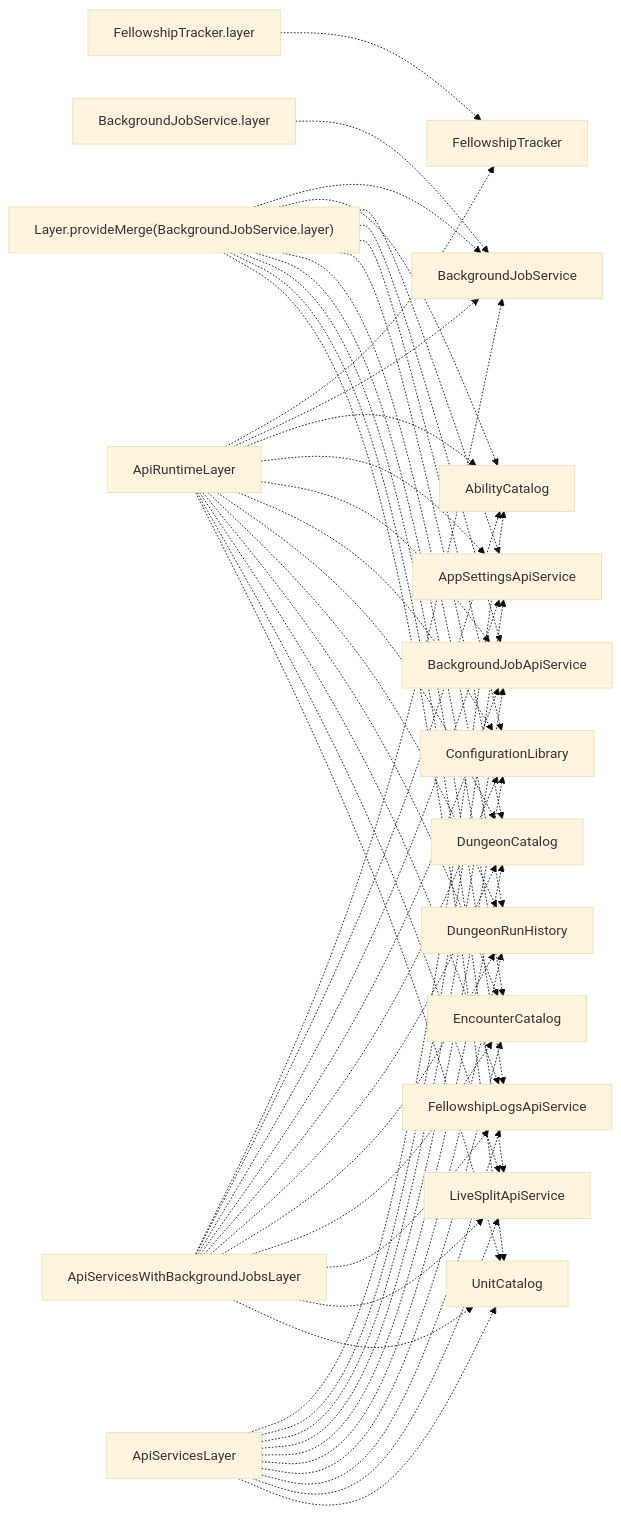
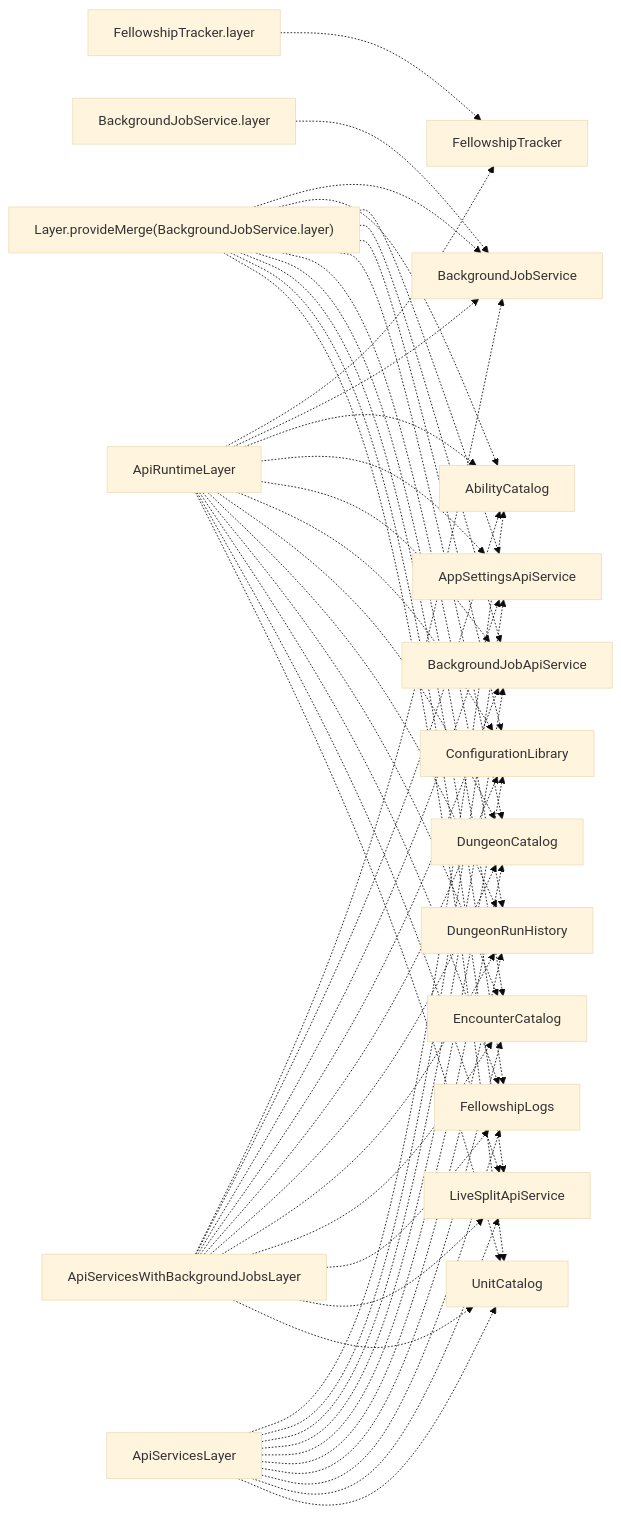
The diagram in apps/api/docs/architecture/analysis/service-bundle-memberships.mmd (reeddunkle/fellowship-run-tracker), drawn with Mermaid (base theme) before and after one commit. The commit also changed 84 other files, not shown here.

```diff
--- a/apps/api/docs/architecture/analysis/service-bundle-memberships.mmd
+++ b/apps/api/docs/architecture/analysis/service-bundle-memberships.mmd
@@ -1,65 +1,65 @@
 flowchart LR
   FellowshipTracker_layer["FellowshipTracker.layer"]
   ApiRuntimeLayer["ApiRuntimeLayer"]
   BackgroundJobService_layer["BackgroundJobService.layer"]
   Layer_provideMerge_BackgroundJobService_layer_["Layer.provideMerge(BackgroundJobService.layer)"]
   ApiServicesWithBackgroundJobsLayer["ApiServicesWithBackgroundJobsLayer"]
   ApiServicesLayer["ApiServicesLayer"]
   FellowshipTracker["FellowshipTracker"]
   BackgroundJobService["BackgroundJobService"]
   AbilityCatalog["AbilityCatalog"]
   AppSettingsApiService["AppSettingsApiService"]
   BackgroundJobApiService["BackgroundJobApiService"]
   ConfigurationLibrary["ConfigurationLibrary"]
   DungeonCatalog["DungeonCatalog"]
   DungeonRunHistory["DungeonRunHistory"]
   EncounterCatalog["EncounterCatalog"]
-  FellowshipLogsApiService["FellowshipLogsApiService"]
+  FellowshipLogs["FellowshipLogs"]
   LiveSplitApiService["LiveSplitApiService"]
   UnitCatalog["UnitCatalog"]
   FellowshipTracker_layer -.-> FellowshipTracker
   ApiRuntimeLayer -.-> FellowshipTracker
   BackgroundJobService_layer -.-> BackgroundJobService
   Layer_provideMerge_BackgroundJobService_layer_ -.-> BackgroundJobService
   ApiServicesWithBackgroundJobsLayer -.-> BackgroundJobService
   ApiRuntimeLayer -.-> BackgroundJobService
   Layer_provideMerge_BackgroundJobService_layer_ -.-> AbilityCatalog
   ApiServicesLayer -.-> AbilityCatalog
   ApiServicesWithBackgroundJobsLayer -.-> AbilityCatalog
   ApiRuntimeLayer -.-> AbilityCatalog
   Layer_provideMerge_BackgroundJobService_layer_ -.-> AppSettingsApiService
   ApiServicesLayer -.-> AppSettingsApiService
   ApiServicesWithBackgroundJobsLayer -.-> AppSettingsApiService
   ApiRuntimeLayer -.-> AppSettingsApiService
   Layer_provideMerge_BackgroundJobService_layer_ -.-> BackgroundJobApiService
   ApiServicesLayer -.-> BackgroundJobApiService
   ApiServicesWithBackgroundJobsLayer -.-> BackgroundJobApiService
   ApiRuntimeLayer -.-> BackgroundJobApiService
   Layer_provideMerge_BackgroundJobService_layer_ -.-> ConfigurationLibrary
   ApiServicesLayer -.-> ConfigurationLibrary
   ApiServicesWithBackgroundJobsLayer -.-> ConfigurationLibrary
   ApiRuntimeLayer -.-> ConfigurationLibrary
   Layer_provideMerge_BackgroundJobService_layer_ -.-> DungeonCatalog
   ApiServicesLayer -.-> DungeonCatalog
   ApiServicesWithBackgroundJobsLayer -.-> DungeonCatalog
   ApiRuntimeLayer -.-> DungeonCatalog
   Layer_provideMerge_BackgroundJobService_layer_ -.-> DungeonRunHistory
   ApiServicesLayer -.-> DungeonRunHistory
   ApiServicesWithBackgroundJobsLayer -.-> DungeonRunHistory
   ApiRuntimeLayer -.-> DungeonRunHistory
   Layer_provideMerge_BackgroundJobService_layer_ -.-> EncounterCatalog
   ApiServicesLayer -.-> EncounterCatalog
   ApiServicesWithBackgroundJobsLayer -.-> EncounterCatalog
   ApiRuntimeLayer -.-> EncounterCatalog
-  Layer_provideMerge_BackgroundJobService_layer_ -.-> FellowshipLogsApiService
-  ApiServicesLayer -.-> FellowshipLogsApiService
-  ApiServicesWithBackgroundJobsLayer -.-> FellowshipLogsApiService
-  ApiRuntimeLayer -.-> FellowshipLogsApiService
+  Layer_provideMerge_BackgroundJobService_layer_ -.-> FellowshipLogs
+  ApiServicesLayer -.-> FellowshipLogs
+  ApiServicesWithBackgroundJobsLayer -.-> FellowshipLogs
+  ApiRuntimeLayer -.-> FellowshipLogs
   Layer_provideMerge_BackgroundJobService_layer_ -.-> LiveSplitApiService
   ApiServicesLayer -.-> LiveSplitApiService
   ApiServicesWithBackgroundJobsLayer -.-> LiveSplitApiService
   ApiRuntimeLayer -.-> LiveSplitApiService
   Layer_provideMerge_BackgroundJobService_layer_ -.-> UnitCatalog
   ApiServicesLayer -.-> UnitCatalog
   ApiServicesWithBackgroundJobsLayer -.-> UnitCatalog
   ApiRuntimeLayer -.-> UnitCatalog
```
